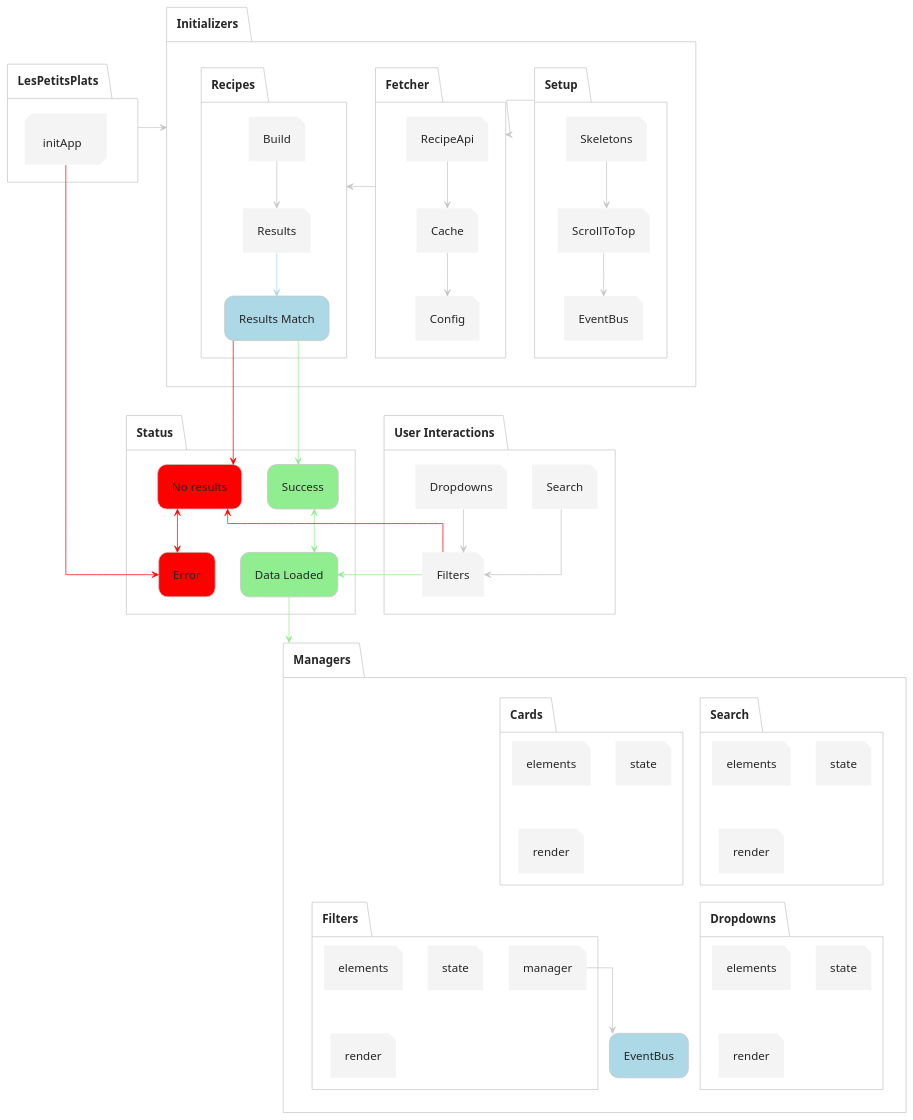
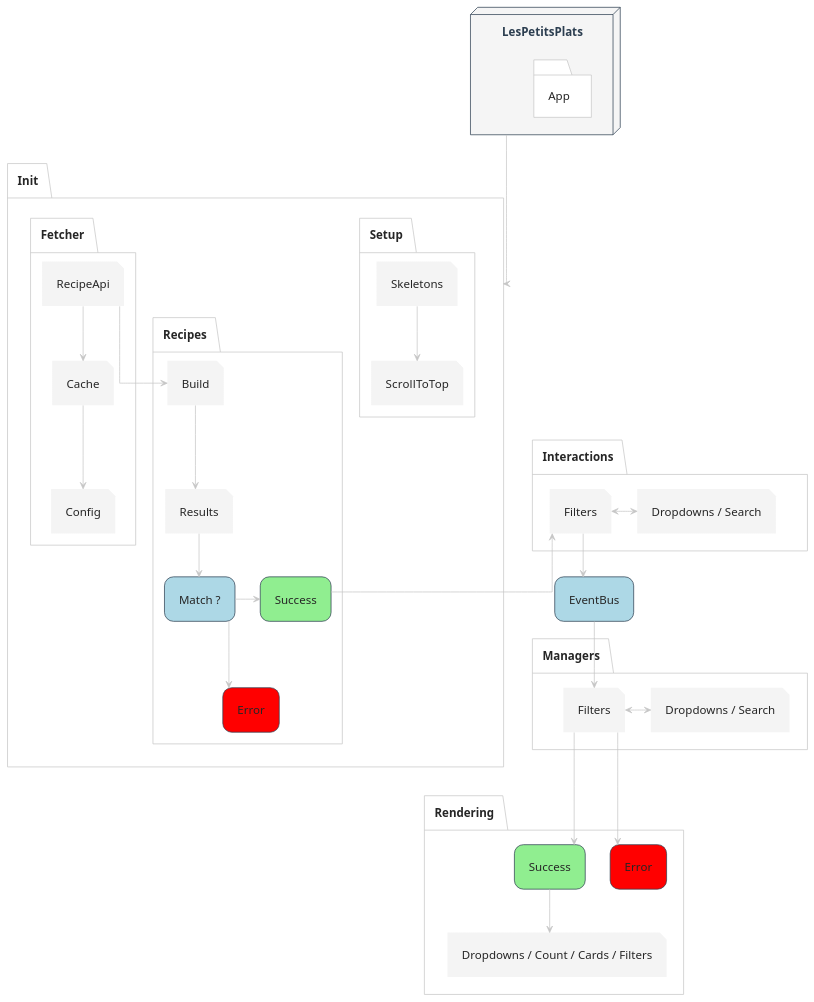
The diagram in projectStructure.puml (Steinshy/OC-LesPetitPlats), drawn with PlantUML before and after one commit. The commit also changed 2 other files, not shown here.

Commit message:
UML graph

```diff
--- a/projectStructure.puml
+++ b/projectStructure.puml
@@ -1,149 +1,129 @@
 @startuml projectStructure
 !theme carbon-gray
 top to bottom direction
-allowmixing
+skinparam linetype ortho
 
 ' ---------------------
-' Style
+' General style
 ' ---------------------
-' General style
-skinparam linetype ortho
 skinparam backgroundColor #FFFFFF
 skinparam defaultFontSize 16
 skinparam shadowing false
+skinparam linetype ortho
 skinparam ArrowStyle none
 
 ' Rectangle style
 skinparam rectangle {
   RoundCorner 25
-  BorderColor $PRIMARY_DARK
+  BorderColor #2C3E50
 }
 
 ' Package style
 skinparam package {
   BackgroundColor transparent
 }
 
 ' Component style
 skinparam component {
-	BackgroundColor $GRAY_10
-	BorderColor $PRIMARY_DARK
+  BackgroundColor #F5F5F5
+  BorderColor #2C3E50
   BorderThickness 0
   FontName "Inter"
   FontSize 16
   FontStyle normal
 }
 
 ' Node style
 skinparam node {
-	BackgroundColor $GRAY_10
-	BorderColor $PRIMARY_DARK
-	FontColor $PRIMARY_TEXT
-	Roundcorner 0
+  BackgroundColor #F5F5F5
+  BorderColor #2C3E50
+  FontColor #2C3E50
+  Roundcorner 0
 }
 
 ' ---------------------
 ' Application Structure
 ' ---------------------
-LesPetitsPlats -[hidden]-> Initializers
-LesPetitsPlats -left-> Initializers
-
-package "LesPetitsPlats" as LesPetitsPlats {
-  node "initApp"
+node "LesPetitsPlats" as LesPetitsPlats {
+  folder "App"
 }
 
-package "Initializers" as Initializers {
-  folder "Setup" as Setup {
-    file "Skeletons" as SkeletonsInitializer
-    file "ScrollToTop" as ScrollToTopInitializer
-    file "EventBus" as EventBusInitializer
+rectangle "EventBus" as EventBusBlock #LightBlue
 
-    SkeletonsInitializer -down-> ScrollToTopInitializer
-    ScrollToTopInitializer -down-> EventBusInitializer
+package "Init" as InitBlock {
+  package "Setup" as SetupBlock {
+    file "Skeletons" as SkeletonsInit
+    file "ScrollToTop" as ScrollToTopInit
+    
+    SkeletonsInit -down-> ScrollToTopInit
   }
 
-  folder "Fetcher" as Fetcher {
-    file "RecipeApi"
-    file "Cache"
-    file "Config"
-    RecipeApi -down-> Cache
-    Cache -down-> Config
+  package "Fetcher" as FetcherBlock {
+    file "RecipeApi" as RecipeApi
+    file "Cache" as CacheFetcher
+    file "Config" as ConfigFetcher
+    
+    RecipeApi -down-> CacheFetcher
+    CacheFetcher -down-> ConfigFetcher
   }
 
-  Setup -> Fetcher
+  package "Recipes" as RecipesBlock {
+    file "Build" as RecipesBuilder
+    file "Results" as RecipesResults
+    rectangle "Match ?" as MatchResults #LightBlue
+    rectangle "Error" as Error #Red
+    rectangle "Success" as Success #LightGreen
+    
+    RecipeApi -down-> RecipesBuilder
+    RecipesBuilder -down-> RecipesResults
+    RecipesResults -down-> MatchResults
+    MatchResults -down-> Error
+    MatchResults -right-> Success
+  }
+}
+LesPetitsPlats -[hidden]-> InitBlock
+LesPetitsPlats -down-> InitBlock
 
-  folder "Recipes" as Recipes {
-    file "Build"
-    file "Results" as ResultsBlock
-    rectangle "Results Match" as ResultsDecision #LightBlue
-
-    Build -down-> ResultsBlock
-    ResultsBlock -down-> ResultsDecision #LightBlue
-  }
-
-  Fetcher -> Recipes
+package "Interactions" as InteractionsBlock {
+  file "Filters" as FiltersInteraction
+  file "Dropdowns / Search" as SearchInteraction
+  
+  FiltersInteraction <-right-> SearchInteraction
 }
 
-package "Managers" as managersBlock {
-  folder "Search" {
-    file "elements" as searchElements
-    file "state" as searchState
-    file "render" as searchRender
-  }
-
-  folder "Cards" {
-    file "elements" as cardsElements
-    file "state" as cardsState
-    file "render" as cardsRender
-  }
-
-  folder "Dropdowns" {
-    file "elements" as dropdownsElements
-    file "state" as dropdownsState
-    file "render" as dropdownsRender
-  }
-
-  folder "Filters" {
-    file "elements" as filtersElements
-    file "state" as filtersState
-    file "render" as filtersRender
-    file "manager" as filtersManager
-  }
-  rectangle "EventBus" as EventBus #LightBlue
-  filtersManager --> EventBus
+package "Managers" as ManagersBlock {
+  file "Filters" as FiltersManager
+  file "Dropdowns / Search" as SearchManager
+  FiltersManager <-right-> SearchManager
+  
 }
 
-package "User Interactions" as UserInteractions {
-  file "Filters" as filtersInteraction
-  file "Search" as searchingInteraction
-  file "Dropdowns" as dropdownsInteraction
-
-  searchingInteraction --> filtersInteraction
-  dropdownsInteraction --> filtersInteraction
+package "Rendering" as RenderingBlock {
+  rectangle "Error" as RenderError #Red
+  rectangle "Success" as RenderSuccess #LightGreen
+  file "Dropdowns / Count / Cards / Filters" as RenderComponents
 }
 
-package "Status" as Responses {
-  rectangle "Success" as Success #LightGreen
-  rectangle "Error" as Error #Red
-  rectangle "No results" as NoResults #Red 
-  rectangle "Data Loaded" as DataLoaded #LightGreen
-  Error -[hidden]-> NoResults
-  Success -[hidden]-> DataLoaded
+' ---------------------
+' Layout helpers
+' ---------------------
+InitBlock -[hidden]-> InteractionsBlock
+InitBlock -[hidden]-> EventBusBlock
+Success -[hidden]-> ManagersBlock
+InteractionsBlock -[hidden]-> EventBusBlock
+EventBusBlock -[hidden]-> ManagersBlock
+ManagersBlock -[hidden]-> RenderingBlock
+RenderingBlock -[hidden]-> Error
 
-  DataLoaded <--> Success #LightGreen
-  NoResults <--> Error #Red
-}
+' ---------------------
+' Flow
+' ---------------------
+Success -right-> FiltersInteraction
+FiltersInteraction -down-> EventBusBlock
 
-LesPetitsPlats -[hidden]-> Responses
-ResultsDecision -[hidden]-> Responses
-Responses -[hidden]-> UserInteractions
-filtersInteraction -> NoResults #Red
-ResultsDecision -> Success #LightGreen
-ResultsDecision -> NoResults #Red
-initApp --> Error #Red
-
-
-filtersInteraction -> DataLoaded #LightGreen
-DataLoaded -down-> managersBlock #LightGreen
+EventBusBlock -down-> FiltersManager
+FiltersManager -down-> RenderError
+FiltersManager -down-> RenderSuccess
+RenderSuccess -down-> RenderComponents
 
 @enduml
```
